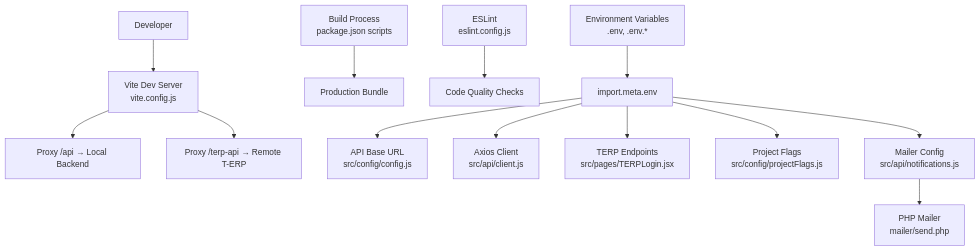
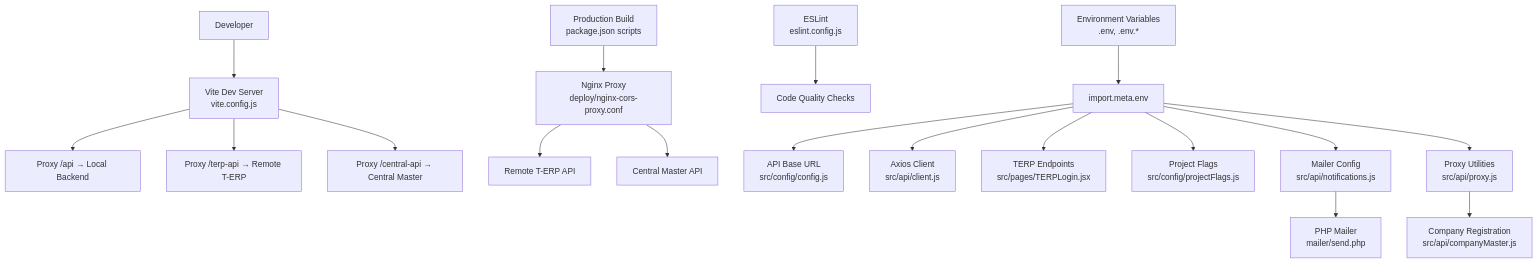
The first of 14 diagrams in .qoder/repowiki/en/content/Configuration and Environment.md (imcbsglobal/TRELLISCO_ERP_FRONTEND), drawn with Mermaid before and after one commit. The commit also changed other lines of this file and 27 other files, not shown here.

Commit message:
COMPANY MASTER

````diff
--- a/.qoder/repowiki/en/content/Configuration and Environment.md
+++ b/.qoder/repowiki/en/content/Configuration and Environment.md
@@ -59,15 +69,20 @@
 ```mermaid
 graph TB
 A["Developer"] --> B["Vite Dev Server<br/>vite.config.js"]
 B --> C["Proxy /api → Local Backend"]
 B --> D["Proxy /terp-api → Remote T-ERP"]
-E["Build Process<br/>package.json scripts"] --> F["Production Bundle"]
-G["ESLint<br/>eslint.config.js"] --> H["Code Quality Checks"]
-I["Environment Variables<br/>.env, .env.*"] --> J["import.meta.env"]
-J --> K["API Base URL<br/>src/config/config.js"]
-J --> L["Axios Client<br/>src/api/client.js"]
-J --> M["TERP Endpoints<br/>src/pages/TERPLogin.jsx"]
-J --> N["Project Flags<br/>src/config/projectFlags.js"]
-J --> O["Mailer Config<br/>src/api/notifications.js"]
-O --> P["PHP Mailer<br/>mailer/send.php"]
+B --> E["Proxy /central-api → Central Master"]
+F["Production Build<br/>package.json scripts"] --> G["Nginx Proxy<br/>deploy/nginx-cors-proxy.conf"]
+G --> H["Remote T-ERP API"]
+G --> I["Central Master API"]
+J["ESLint<br/>eslint.config.js"] --> K["Code Quality Checks"]
+L["Environment Variables<br/>.env, .env.*"] --> M["import.meta.env"]
+M --> N["API Base URL<br/>src/config/config.js"]
+M --> O["Axios Client<br/>src/api/client.js"]
+M --> P["TERP Endpoints<br/>src/pages/TERPLogin.jsx"]
+M --> Q["Project Flags<br/>src/config/projectFlags.js"]
+M --> R["Mailer Config<br/>src/api/notifications.js"]
+M --> S["Proxy Utilities<br/>src/api/proxy.js"]
+S --> T["Company Registration<br/>src/api/companyMaster.js"]
+R --> U["PHP Mailer<br/>mailer/send.php"]
 ```
````
